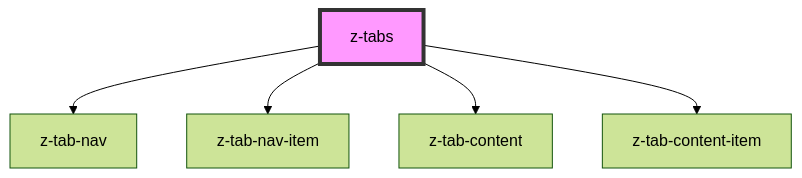
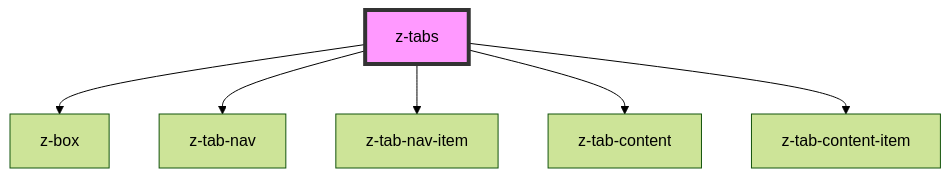
The diagram in packages/stencil-zero/src/components/z-tabs/readme.md (Audiotuete/zero), drawn with Mermaid (forest theme) before and after one commit. The commit also changed other lines of this file and 16 other files, not shown here.

````diff
--- a/packages/stencil-zero/src/components/z-tabs/readme.md
+++ b/packages/stencil-zero/src/components/z-tabs/readme.md
@@ -28,8 +34,9 @@
 ```mermaid
 graph TD;
+  z-tabs --> z-box
   z-tabs --> z-tab-nav
   z-tabs --> z-tab-nav-item
   z-tabs --> z-tab-content
   z-tabs --> z-tab-content-item
   style z-tabs fill:#f9f,stroke:#333,stroke-width:4px
 ```
````
